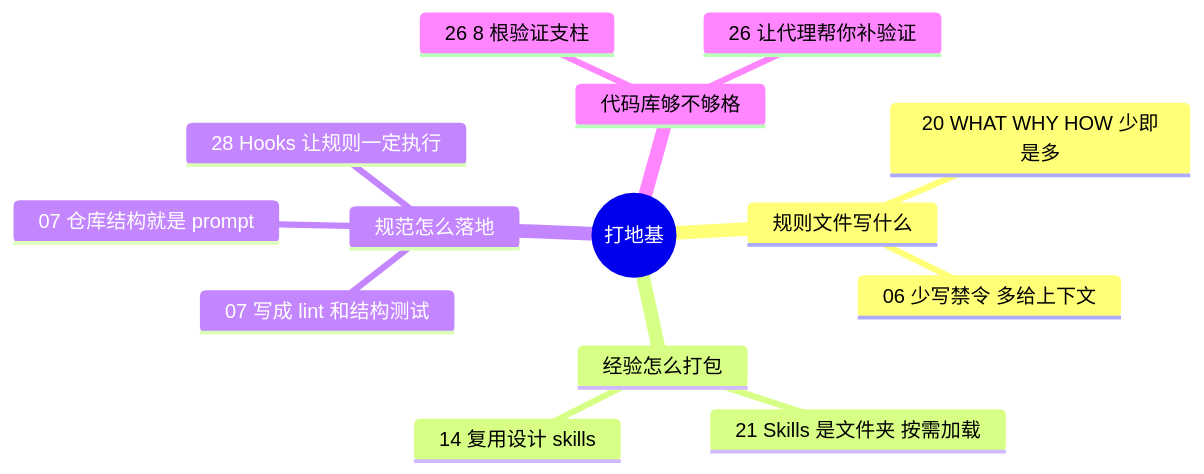
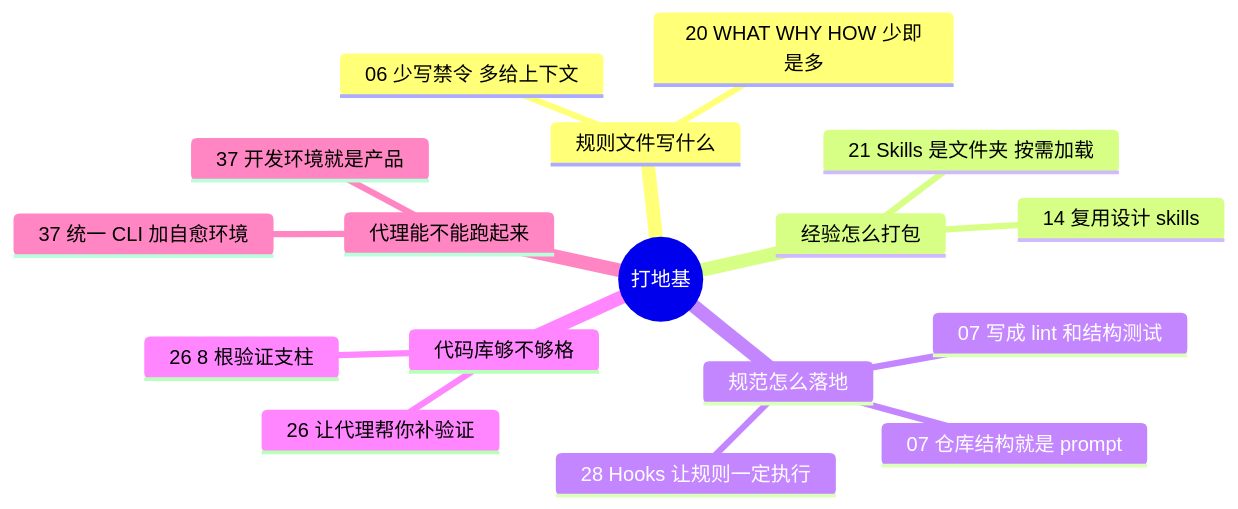
One commit to yzw7489757/ai-coding-videos changed the diagram in docs/guide/foundation.md. Above: the diagram before and after it, drawn with Mermaid. The commit also changed other lines of this file and 20 other files, not shown here.

````diff
--- a/docs/guide/foundation.md
+++ b/docs/guide/foundation.md
@@ -13,17 +13,20 @@
 ```mermaid
 mindmap
   root((打地基))
     规则文件写什么
       20 WHAT WHY HOW 少即是多
       06 少写禁令 多给上下文
     经验怎么打包
       21 Skills 是文件夹 按需加载
       14 复用设计 skills
     规范怎么落地
       07 写成 lint 和结构测试
       07 仓库结构就是 prompt
       28 Hooks 让规则一定执行
     代码库够不够格
       26 8 根验证支柱
       26 让代理帮你补验证
+    代理能不能跑起来
+      37 开发环境就是产品
+      37 统一 CLI 加自愈环境
 ```
````
